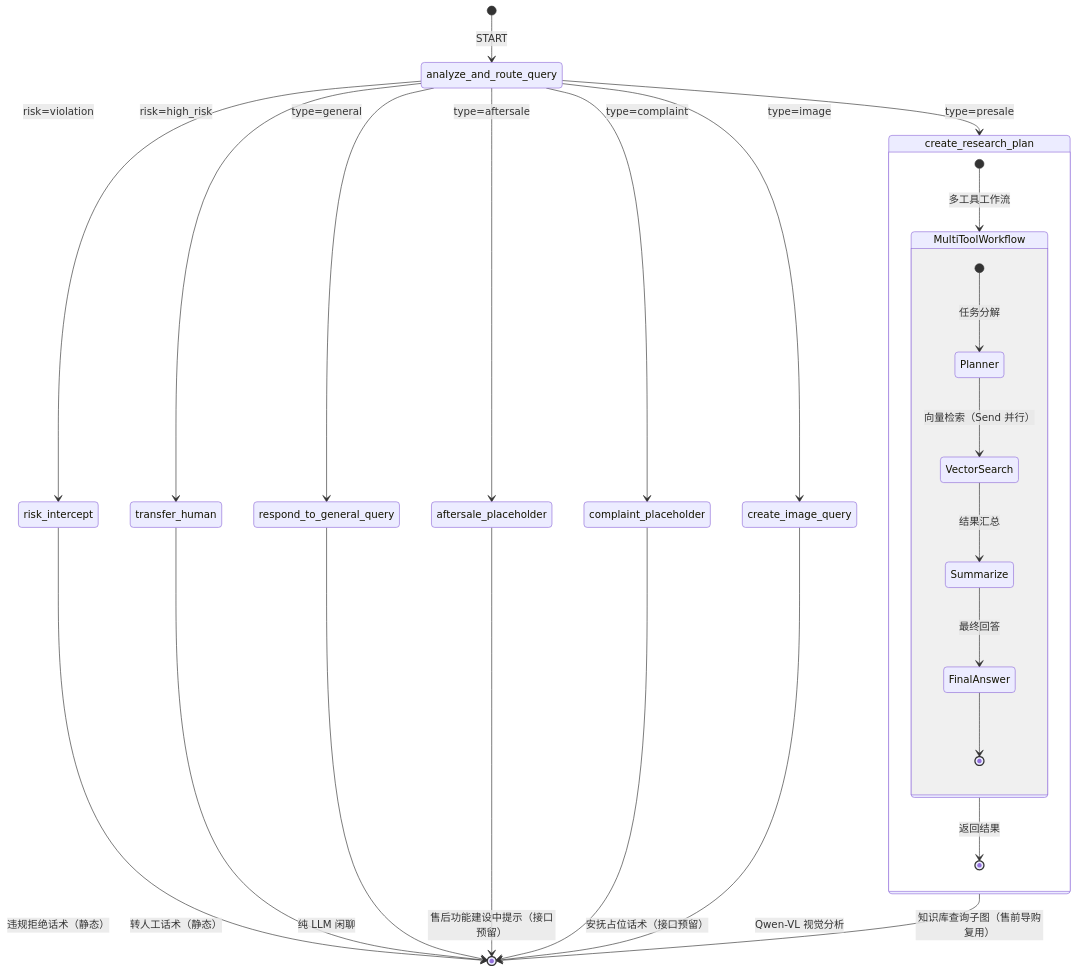
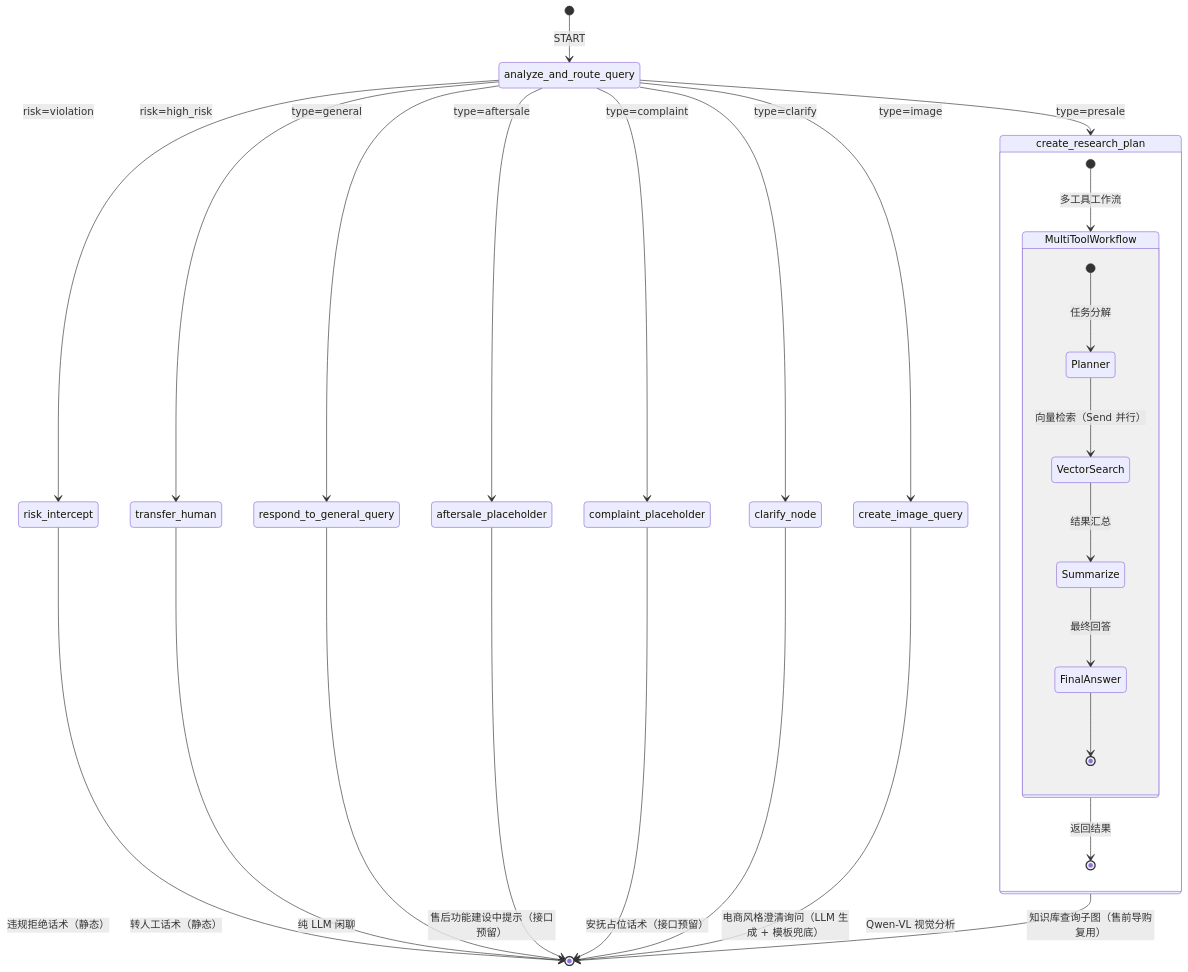
The fourth of 17 diagrams in docs/PROJECT_ANALYSIS.md (blowt16/SmartCS-Agent), drawn with Mermaid before and after one commit. The commit also changed other lines of this file and 5 other files, not shown here.

First line of the commit message:
feat: 意图澄清功能落地——type=clarify + 澄清节点（电商统一风格针对性询问）

````diff
--- a/docs/PROJECT_ANALYSIS.md
+++ b/docs/PROJECT_ANALYSIS.md
@@ -306,32 +306,34 @@
 ```mermaid
 stateDiagram-v2
     [*] --> analyze_and_route_query: START
     analyze_and_route_query --> risk_intercept: risk=violation
     analyze_and_route_query --> transfer_human: risk=high_risk
     analyze_and_route_query --> respond_to_general_query: type=general
     analyze_and_route_query --> create_research_plan: type=presale
     analyze_and_route_query --> aftersale_placeholder: type=aftersale
     analyze_and_route_query --> complaint_placeholder: type=complaint
+    analyze_and_route_query --> clarify_node: type=clarify
     analyze_and_route_query --> create_image_query: type=image
 
     risk_intercept --> [*]: 违规拒绝话术（静态）
     transfer_human --> [*]: 转人工话术（静态）
     respond_to_general_query --> [*]: 纯 LLM 闲聊
     aftersale_placeholder --> [*]: 售后功能建设中提示（接口预留）
     complaint_placeholder --> [*]: 安抚占位话术（接口预留）
+    clarify_node --> [*]: 电商风格澄清询问（LLM 生成 + 模板兜底）
     create_research_plan --> [*]: 知识库查询子图（售前导购复用）
     create_image_query --> [*]: Qwen-VL 视觉分析
 
     state create_research_plan {
         [*] --> MultiToolWorkflow: 多工具工作流
         MultiToolWorkflow --> [*]: 返回结果
 
         state MultiToolWorkflow {
             [*] --> Planner: 任务分解
             Planner --> VectorSearch: 向量检索（Send 并行）
             VectorSearch --> Summarize: 结果汇总
             Summarize --> FinalAnswer: 最终回答
             FinalAnswer --> [*]
         }
     }
 ```
````
